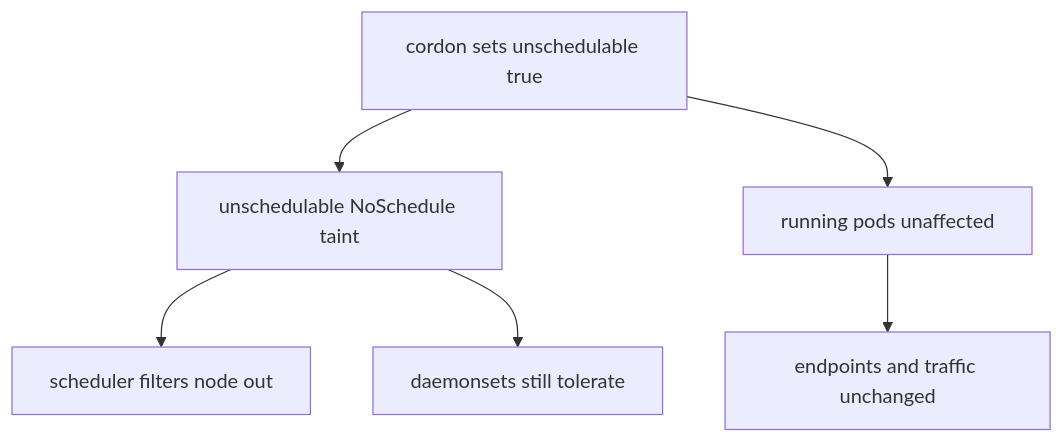
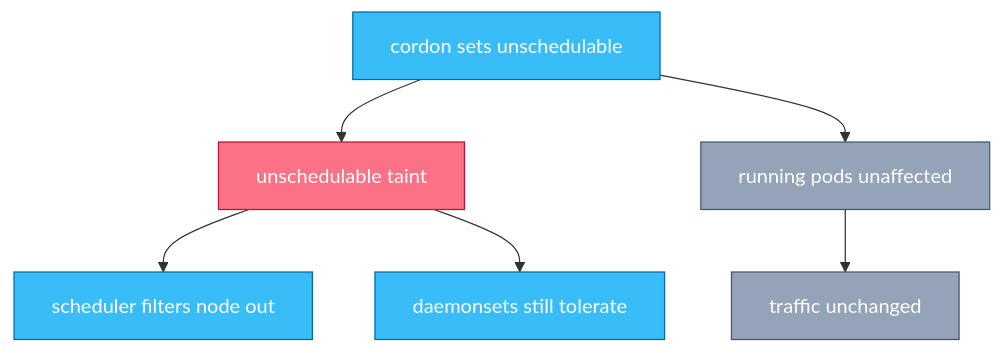
One commit to sanketsudake/k8s-worksheet changed the third of 7 diagrams in chapters/ch04.md. Above: the diagram before and after it, drawn with Mermaid. The commit also changed other lines of this file and 2 other files, not shown here.

First line of the commit message:
ch04, ch08, ch09: shrink diagrams as far as text allows

````diff
--- a/chapters/ch04.md
+++ b/chapters/ch04.md
@@ -136,8 +138,14 @@
 ```mermaid
 flowchart TD
-  C[cordon sets unschedulable true] --> T[unschedulable NoSchedule taint]
+  C[cordon sets unschedulable] --> T[unschedulable taint]
   T --> S[scheduler filters node out]
   C --> R[running pods unaffected]
-  R --> E[endpoints and traffic unchanged]
+  R --> E[traffic unchanged]
   T --> D[daemonsets still tolerate]
+  classDef process fill:#38bdf8,stroke:#0369a1,color:#fff
+  classDef resource fill:#fb7185,stroke:#be123c,color:#fff
+  classDef standby fill:#94a3b8,stroke:#475569,color:#fff
+  class C,S,D process
+  class T resource
+  class R,E standby
 ```
````
